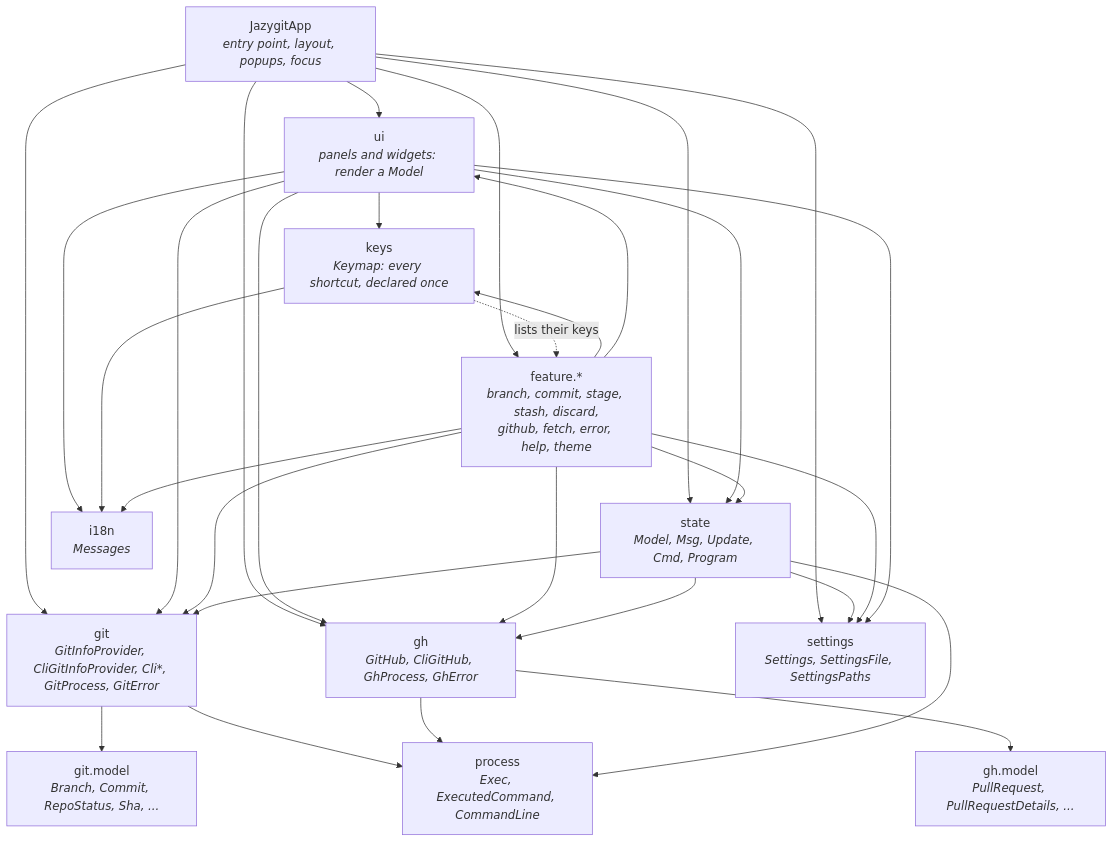
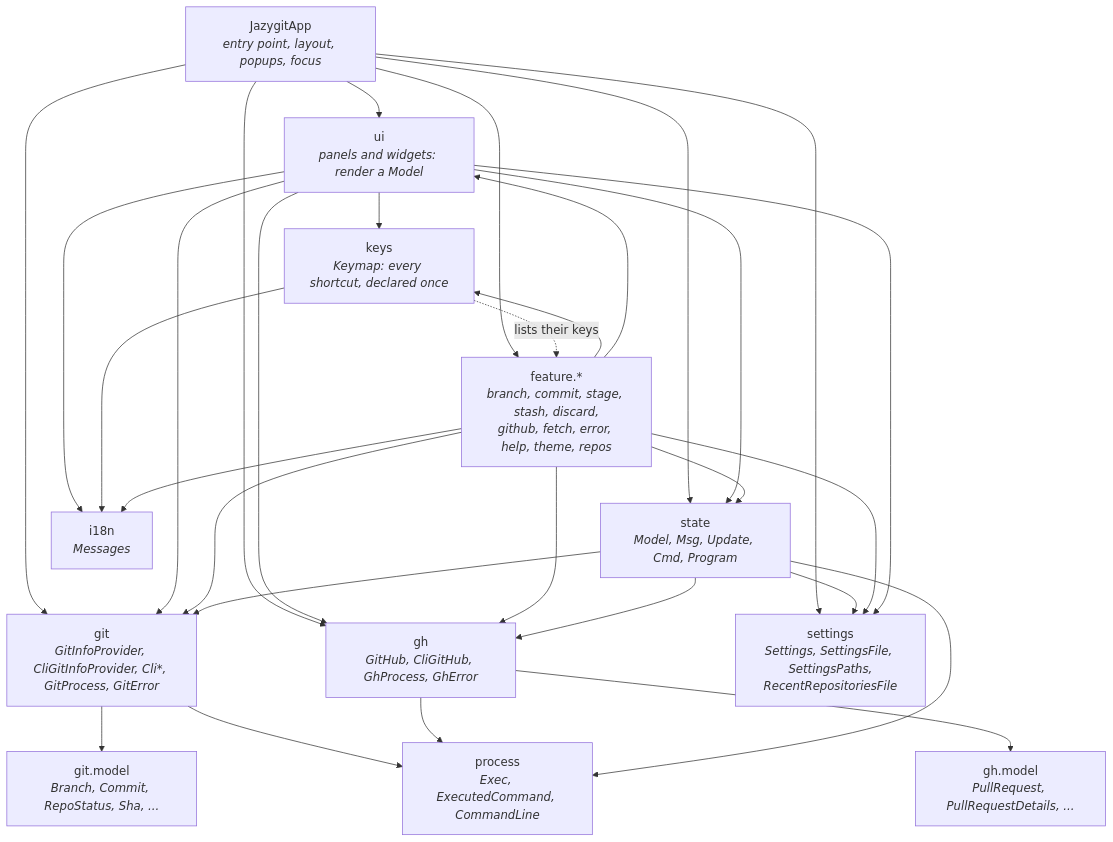
One commit to cvanfleteren/jazygit changed the first of 7 diagrams in ARCHITECTURE.md. Above: the diagram before and after it, drawn with Mermaid. The commit also changed other lines of this file and 26 other files, not shown here.

Commit message:
support for switching between recent repos

````diff
--- a/ARCHITECTURE.md
+++ b/ARCHITECTURE.md
@@ -17,45 +17,45 @@
 ```mermaid
 graph TD
     App["JazygitApp<br/><i>entry point, layout, popups, focus</i>"]
     UI["ui<br/><i>panels and widgets: render a Model</i>"]
     Keys["keys<br/><i>Keymap: every shortcut, declared once</i>"]
-    Feature["feature.*<br/><i>branch, commit, stage, stash, discard,<br/>github, fetch, error, help, theme</i>"]
+    Feature["feature.*<br/><i>branch, commit, stage, stash, discard,<br/>github, fetch, error, help, theme, repos</i>"]
     State["state<br/><i>Model, Msg, Update, Cmd, Program</i>"]
     Git["git<br/><i>GitInfoProvider, CliGitInfoProvider, Cli*, GitProcess, GitError</i>"]
     GitModel["git.model<br/><i>Branch, Commit, RepoStatus, Sha, ...</i>"]
     Gh["gh<br/><i>GitHub, CliGitHub, GhProcess, GhError</i>"]
     GhModel["gh.model<br/><i>PullRequest, PullRequestDetails, ...</i>"]
     Process["process<br/><i>Exec, ExecutedCommand, CommandLine</i>"]
     I18n["i18n<br/><i>Messages</i>"]
-    Settings["settings<br/><i>Settings, SettingsFile, SettingsPaths</i>"]
+    Settings["settings<br/><i>Settings, SettingsFile, SettingsPaths,<br/>RecentRepositoriesFile</i>"]
 
     App --> UI
     App --> State
     App --> Feature
     App --> Git
     App --> Gh
     UI --> Keys
     UI --> State
     UI --> Git
     UI --> Gh
     Keys -. "lists their keys" .-> Feature
     Feature --> Keys
     Feature --> UI
     Feature --> State
     Feature --> Git
     State --> Git
     Git --> GitModel
     Feature --> Gh
     State --> Gh
     Gh --> GhModel
     Git --> Process
     Gh --> Process
     State --> Process
     UI --> I18n
     App --> Settings
     State --> Settings
     Feature --> Settings
     UI --> Settings
     Keys --> I18n
     Feature --> I18n
 ```
````
